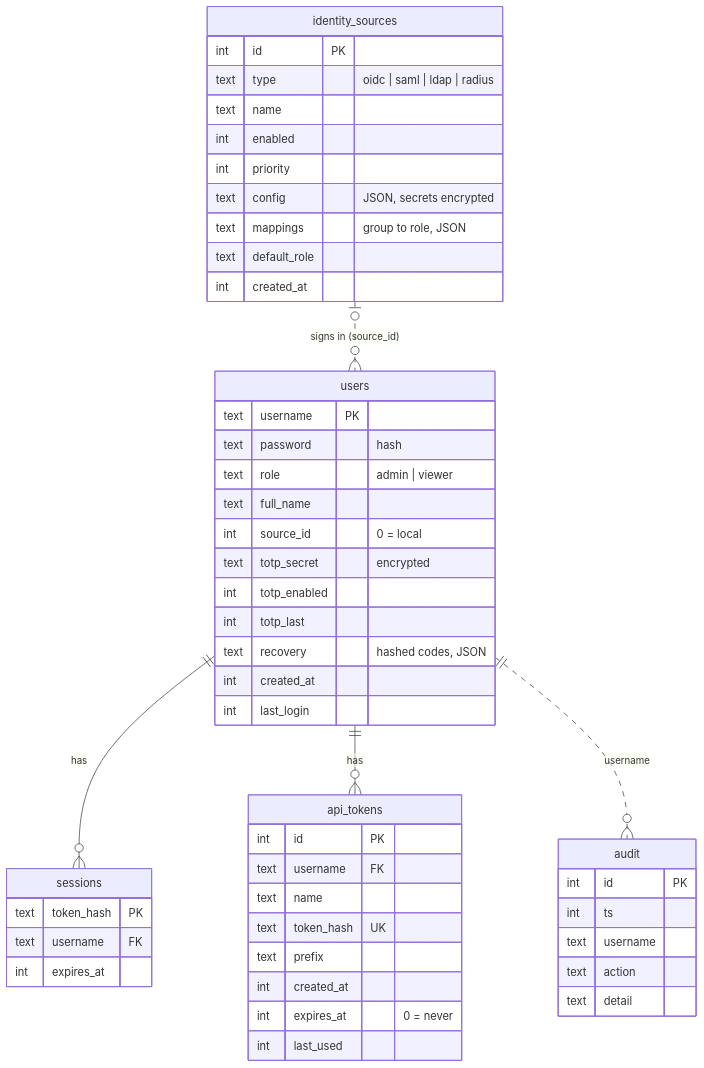
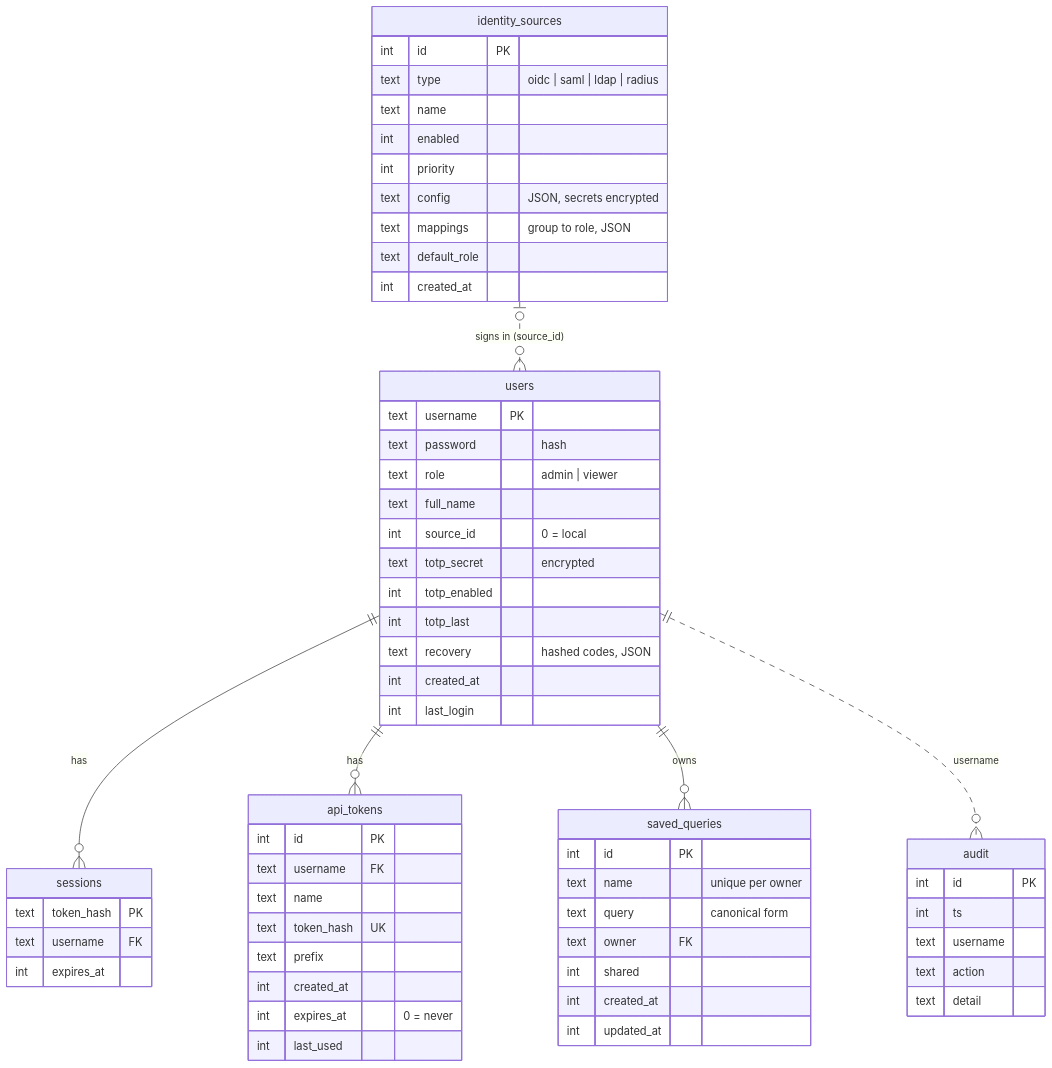
Before and after one commit to kochlabs/tributary: the third of 5 diagrams in docs/DATABASE.md, drawn with Mermaid. The commit also changed other lines of this file and 15 other files, not shown here.

First line of the commit message:
Add saved queries (query language, phase 3)

````diff
--- a/docs/DATABASE.md
+++ b/docs/DATABASE.md
@@ -89,54 +89,64 @@
 ```mermaid
 erDiagram
     users ||--o{ sessions : has
     users ||--o{ api_tokens : has
+    users ||--o{ saved_queries : owns
     identity_sources |o..o{ users : "signs in (source_id)"
     users ||..o{ audit : "username"
 
     users {
         text username PK
         text password "hash"
         text role "admin | viewer"
         text full_name
         int source_id "0 = local"
         text totp_secret "encrypted"
         int totp_enabled
         int totp_last
         text recovery "hashed codes, JSON"
         int created_at
         int last_login
     }
     sessions {
         text token_hash PK
         text username FK
         int expires_at
+    }
+    saved_queries {
+        int id PK
+        text name "unique per owner"
+        text query "canonical form"
+        text owner FK
+        int shared
+        int created_at
+        int updated_at
     }
     api_tokens {
         int id PK
         text username FK
         text name
         text token_hash UK
         text prefix
         int created_at
         int expires_at "0 = never"
         int last_used
     }
     identity_sources {
         int id PK
         text type "oidc | saml | ldap | radius"
         text name
         int enabled
         int priority
         text config "JSON, secrets encrypted"
         text mappings "group to role, JSON"
         text default_role
         int created_at
     }
     audit {
         int id PK
         int ts
         text username
         text action
         text detail
     }
 ```
````
